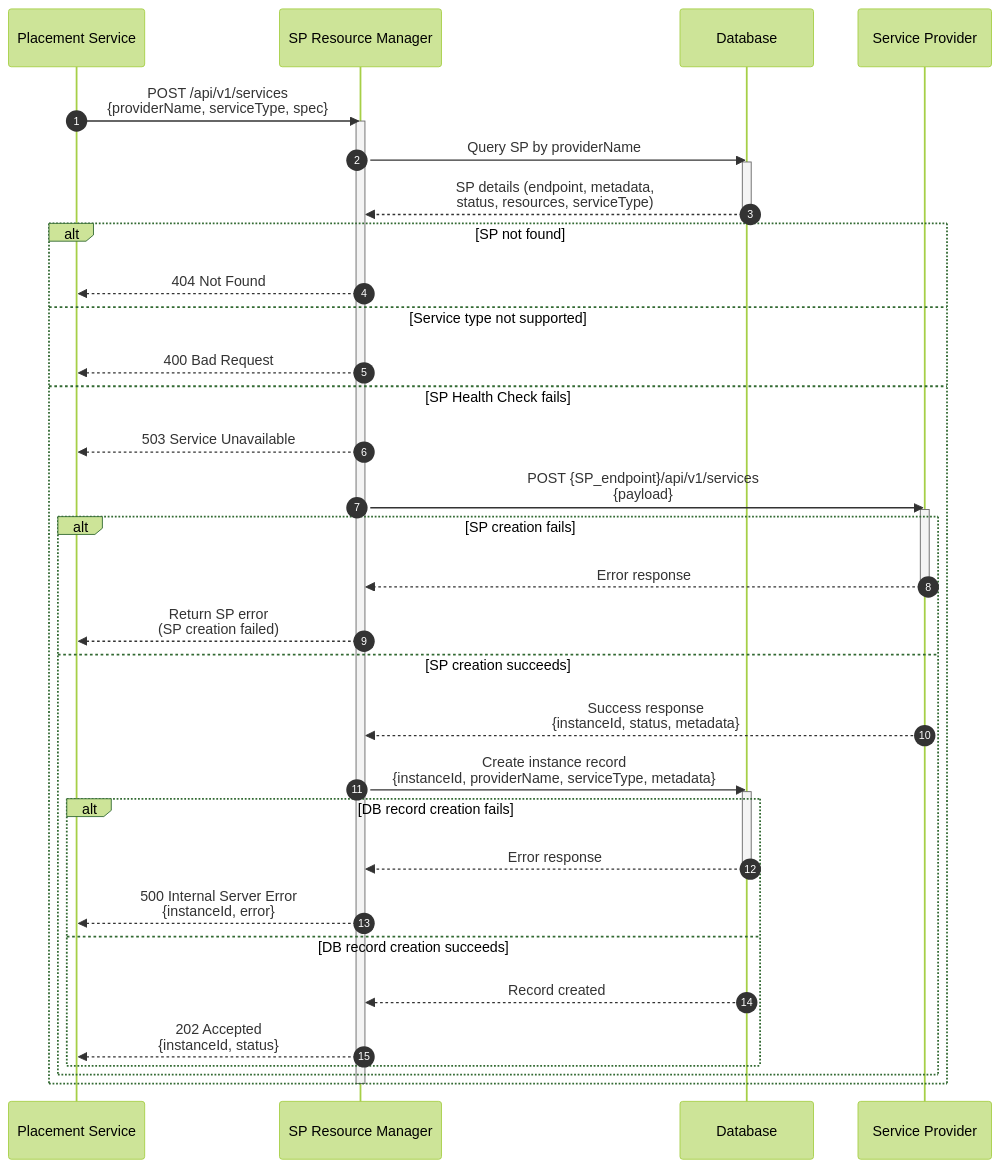
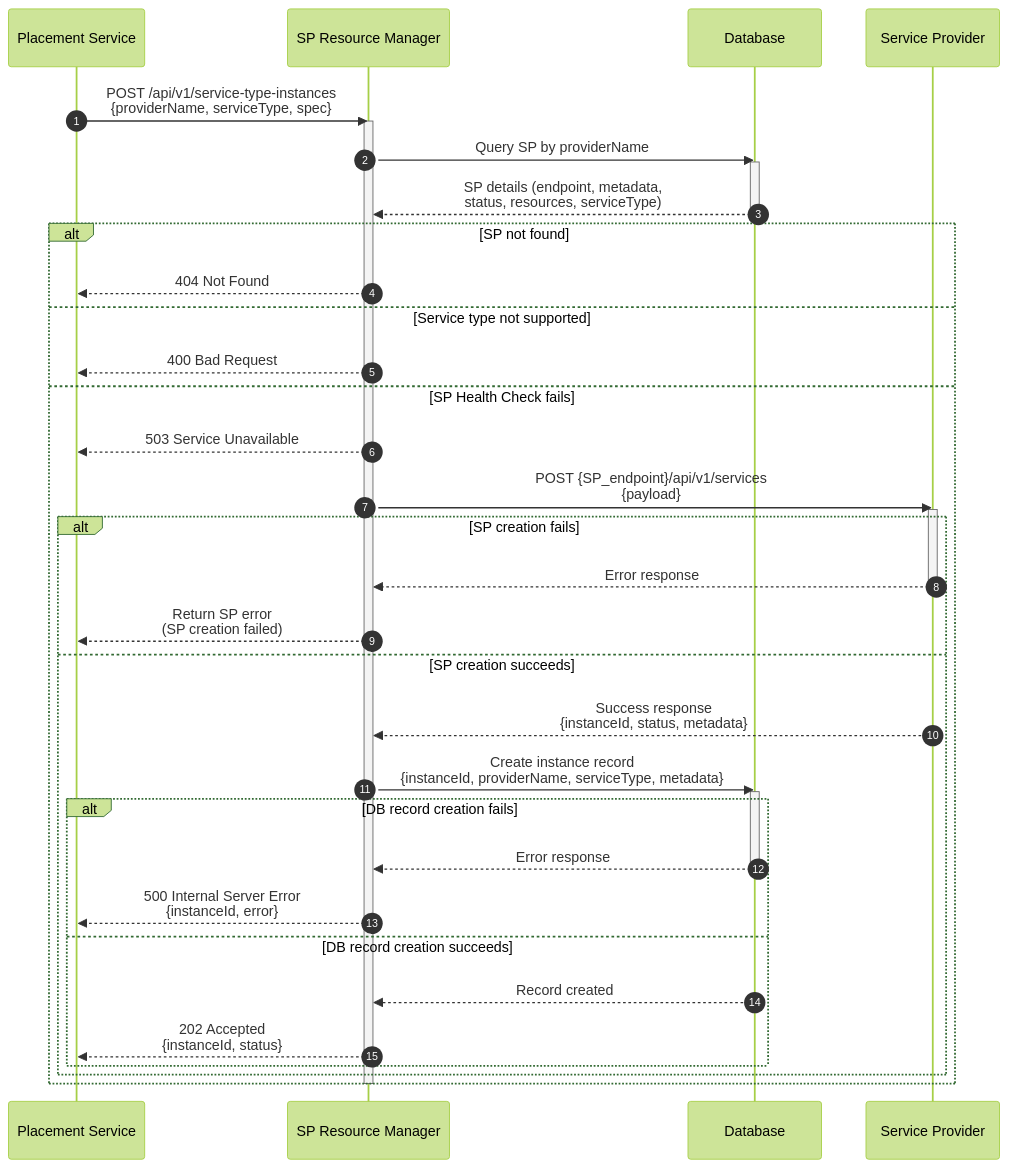
The diagram in enhancements/sp-resource-manager/sp-resource-manager.md (dcm-project/enhancements), drawn with Mermaid (forest theme) before and after one commit. The commit also changed other lines of this file, not shown here.

````diff
--- a/enhancements/sp-resource-manager/sp-resource-manager.md
+++ b/enhancements/sp-resource-manager/sp-resource-manager.md
@@ -204,49 +203,49 @@
 ```mermaid
 sequenceDiagram
     autonumber
     participant PS as Placement Service
     participant SPRM as SP Resource Manager
     participant DB as Database
     participant SP as Service Provider
 
-    PS->>SPRM: POST /api/v1/services<br/>{providerName, serviceType, spec}
+    PS->>SPRM: POST /api/v1/service-type-instances<br/>{providerName, serviceType, spec}
     activate SPRM
 
 
     SPRM->>DB: Query SP by providerName
     activate DB
     DB-->>SPRM: SP details (endpoint, metadata,<br/>status, resources, serviceType)
     deactivate DB
 
     alt SP not found
         SPRM-->>PS: 404 Not Found
     else Service type not supported
         SPRM-->>PS: 400 Bad Request
     else SP Health Check fails
         SPRM-->>PS: 503 Service Unavailable       
 
         SPRM->>SP: POST {SP_endpoint}/api/v1/services<br/>{payload}
         activate SP
 
         alt SP creation fails
             SP-->>SPRM: Error response
             deactivate SP
             SPRM-->>PS: Return SP error<br/>(SP creation failed)
         else SP creation succeeds
             SP-->>SPRM: Success response<br/>{instanceId, status, metadata}
             SPRM->>DB: Create instance record<br/>{instanceId, providerName, serviceType, metadata}
             activate DB
             
             alt DB record creation fails
                 DB-->>SPRM: Error response
                 deactivate DB
                 SPRM-->>PS: 500 Internal Server Error<br/>{instanceId, error}
             
             else DB record creation succeeds
                 DB-->>SPRM: Record created
                 SPRM-->>PS: 202 Accepted<br/>{instanceId, status}
             end
         end
     end
     deactivate SPRM
 ```
````
